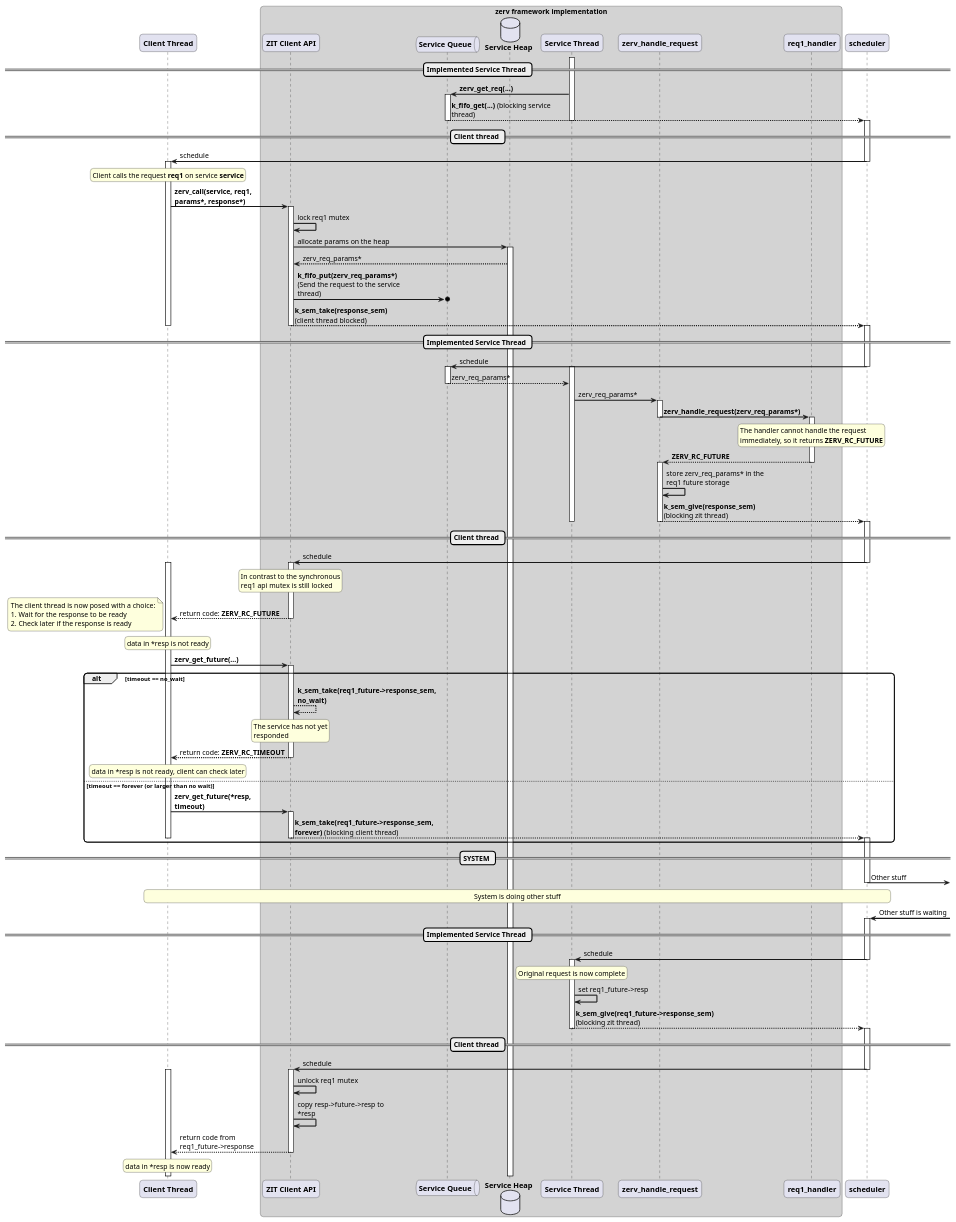
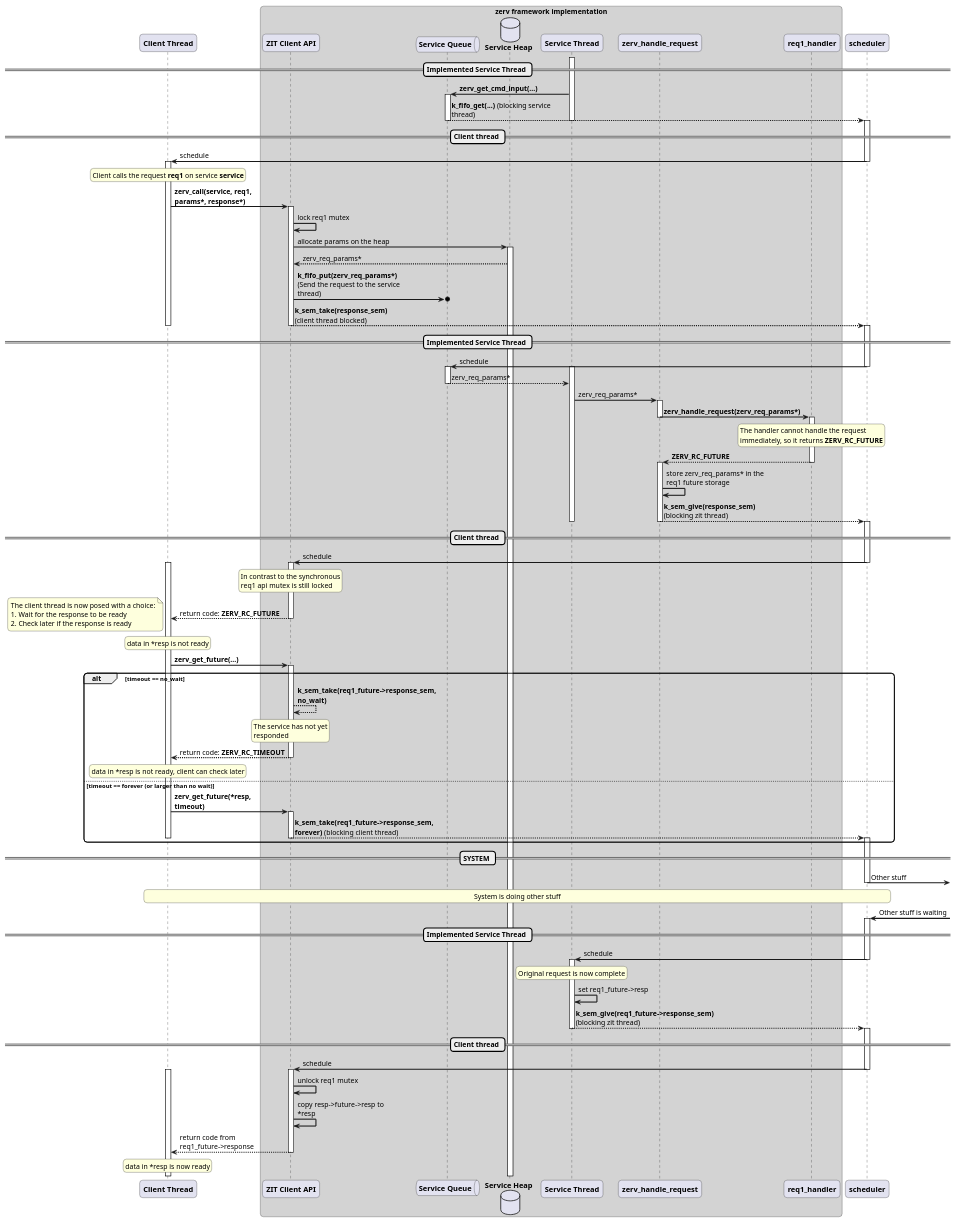
The diagram in subsys/zerv/doc/zerv_future_response_handling.puml (Systemfabriken/zerv), drawn with PlantUML before and after one commit. The commit also changed 9 other files, not shown here.

```diff
--- a/subsys/zerv/doc/zerv_future_response_handling.puml
+++ b/subsys/zerv/doc/zerv_future_response_handling.puml
@@ -1,101 +1,101 @@
 @startuml zerv_asynchronous_request_handling_with_futures
 skinparam {
     sequenceArrowThickness 2
     roundcorner 12
     maxmessagesize 200
 }
 
 participant "**Client Thread**" as client
 
 box "zerv framework implementation" #LightGray
     participant "**ZIT Client API**" as zerv_api
     queue "**Service Queue**" as zerv_queue
     database "**Service Heap**" as zerv_heap
     participant "**Service Thread**" as zerv_thread
     participant "**zerv_handle_request**" as zerv_req_handler
     participant "**req1_handler**" as req1_handler
 end box
 
 participant "**scheduler**" as sched
 
 == Implemented Service Thread ==
 
     ' Initialisation
     activate zerv_thread
-    zerv_thread -> zerv_queue ++: **zerv_get_req(...)**
+    zerv_thread -> zerv_queue ++: **zerv_get_cmd_input(...)**
     zerv_queue --> sched --++: **k_fifo_get(...)** (blocking service thread)
     deactivate zerv_thread
 
 == Client thread ==
 
     sched -> client --++: schedule
 
     ' Client request call
     rnote over client: Client calls the request **req1** on service **service**
     client -> zerv_api ++: **zerv_call(service, req1, params*, response*)** 
     zerv_api -> zerv_api: lock req1 mutex
     zerv_api -> zerv_heap ++: allocate params on the heap
     zerv_heap --> zerv_api: zerv_req_params*
     zerv_api ->o zerv_queue: **k_fifo_put(zerv_req_params*)** (Send the request to the service thread)
     zerv_api --> sched --++: **k_sem_take(response_sem)** (client thread blocked)
     deactivate client
 
 == Implemented Service Thread ==
 
     ' zerv request handling
     sched -> zerv_queue --++: schedule
     activate zerv_thread
     zerv_queue --> zerv_thread --: zerv_req_params*
     zerv_thread -> zerv_req_handler ++: zerv_req_params*
     zerv_req_handler -> req1_handler --++: **zerv_handle_request(zerv_req_params*)**
     rnote over req1_handler: The handler cannot handle the request\nimmediately, so it returns **ZERV_RC_FUTURE**
     req1_handler --> zerv_req_handler --++: **ZERV_RC_FUTURE**
     zerv_req_handler -> zerv_req_handler: store zerv_req_params* in the req1 future storage
     zerv_req_handler --> sched --++: **k_sem_give(response_sem)** (blocking zit thread)
     deactivate zerv_thread
 
 == Client thread ==
 
 ' Client response handling
     sched -> zerv_api --++: schedule
     activate client
     rnote over zerv_api: In contrast to the synchronous\nreq1 api mutex is still locked
     zerv_api --> client --: return code: **ZERV_RC_FUTURE**
     rnote over client: data in *resp is not ready
 
     note left: The client thread is now posed with a choice:\n1. Wait for the response to be ready\n2. Check later if the response is ready
 
     ' Client can now choose to wait or check later. We show the wait case here.
     client -> zerv_api ++: **zerv_get_future(...)**
     alt timeout == no_wait
         zerv_api --> zerv_api: **k_sem_take(req1_future->response_sem, no_wait)**
         rnote over zerv_api: The service has not yet\nresponded
         zerv_api --> client --: return code: **ZERV_RC_TIMEOUT** 
         rnote over client: data in *resp is not ready, client can check later
     else timeout == forever (or larger than no wait)
         client -> zerv_api ++: **zerv_get_future(*resp, timeout)**
         zerv_api --> sched--++: **k_sem_take(req1_future->response_sem, forever)** (blocking client thread)
         deactivate client
     end alt
 
 
 == SYSTEM ==
     sched ->] --: Other stuff
     rnote over client, sched: System is doing other stuff
     sched <-] ++: Other stuff is waiting   
 
 == Implemented Service Thread ==
     sched -> zerv_thread --++: schedule
     rnote over zerv_thread: Original request is now complete
     zerv_thread -> zerv_thread: set req1_future->resp 
     zerv_thread --> sched --++: **k_sem_give(req1_future->response_sem)** (blocking zit thread)
 
 == Client thread ==
     sched -> zerv_api --++: schedule
     activate client
     zerv_api -> zerv_api: unlock req1 mutex
     zerv_api -> zerv_api: copy resp->future->resp to *resp
     zerv_api --> client --: return code from req1_future->response
     rnote over client: data in *resp is now ready
     
 @enduml
```
